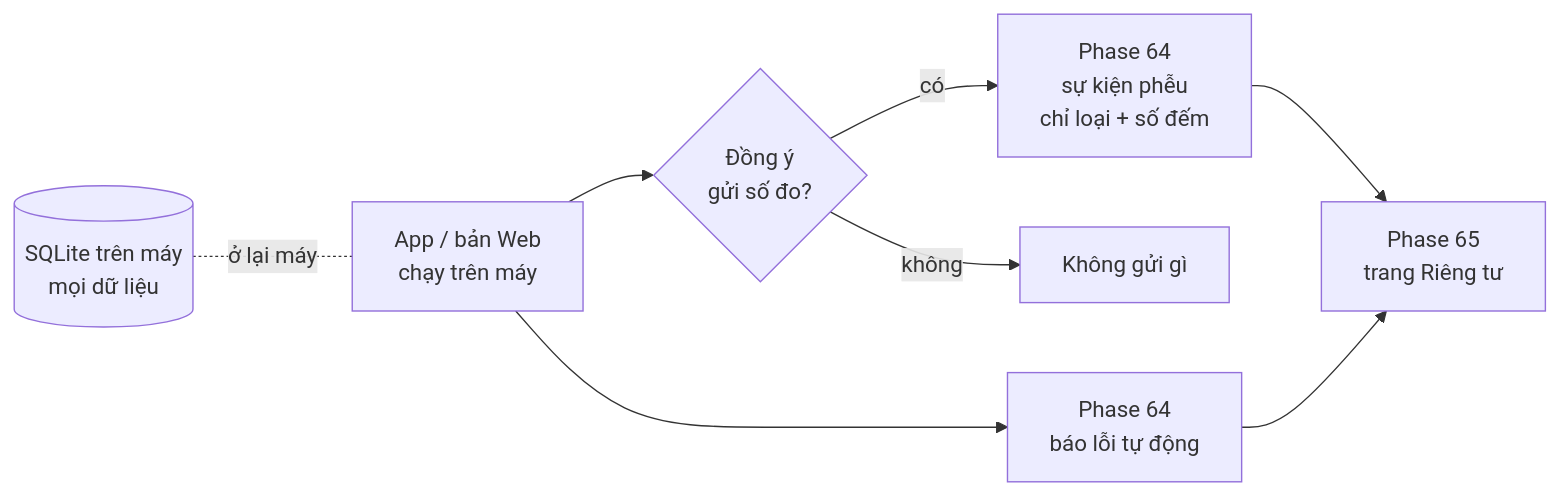
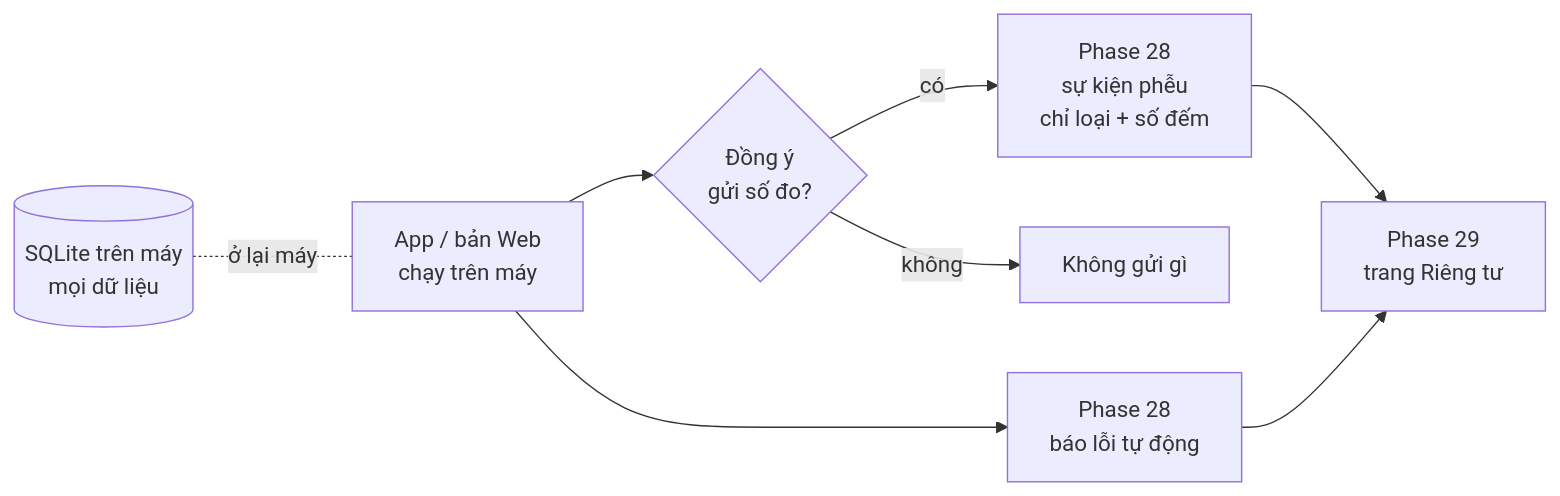
The diagram in docs/web/version-9.md (nvminhtu/niche-radar-docs), drawn with Mermaid before and after one commit. The commit also changed other lines of this file and 474 other files, not shown here.

Commit message:
sync: đánh số lại phase theo thứ tự làm (1–62), KO LÀM → Backlog 01–21, link cũ tự chuyển trang

````diff
--- a/docs/web/version-9.md
+++ b/docs/web/version-9.md
@@ -23,9 +23,9 @@
 ```mermaid
 flowchart LR
   APP[App / bản Web<br/>chạy trên máy] --> C{Đồng ý<br/>gửi số đo?}
-  C -- có --> AN[Phase 64<br/>sự kiện phễu<br/>chỉ loại + số đếm]
+  C -- có --> AN[Phase 28<br/>sự kiện phễu<br/>chỉ loại + số đếm]
   C -- không --> N[Không gửi gì]
-  APP --> ER[Phase 64<br/>báo lỗi tự động]
-  AN & ER --> PV[Phase 65<br/>trang Riêng tư]
+  APP --> ER[Phase 28<br/>báo lỗi tự động]
+  AN & ER --> PV[Phase 29<br/>trang Riêng tư]
   LOCAL[(SQLite trên máy<br/>mọi dữ liệu)] -.ở lại máy.- APP
 ```
````
